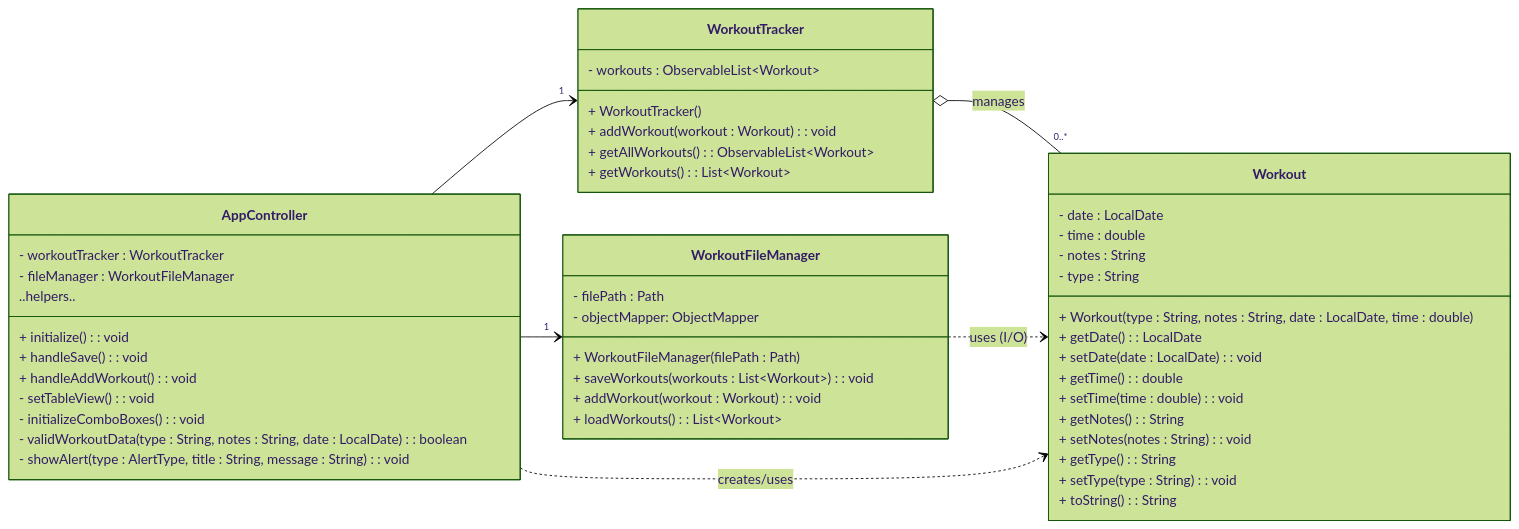
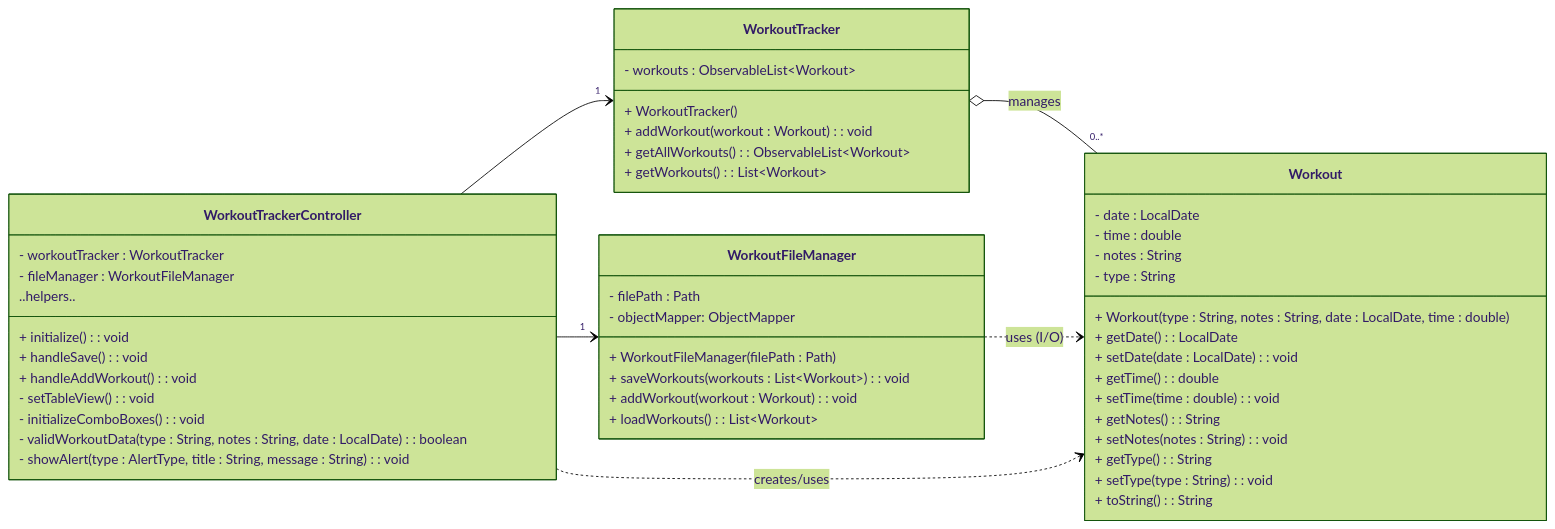
One commit to MadsNotland/ITP1901 changed the diagram in docs/release2/class-diagram.md. Above: the diagram before and after it, drawn with Mermaid (forest theme). The commit also changed 4 other files, not shown here.

````diff
--- a/docs/release2/class-diagram.md
+++ b/docs/release2/class-diagram.md
@@ -8,63 +8,63 @@
 ```mermaid
 classDiagram
 direction LR
 
 %% --------- Domain core ----------
 class Workout {
   - date : LocalDate
   - time : double
   - notes : String
   - type : String
   + Workout(type : String, notes : String, date : LocalDate, time : double)
   + getDate() : LocalDate
   + setDate(date : LocalDate) : void
   + getTime() : double
   + setTime(time : double) : void
   + getNotes() : String
   + setNotes(notes : String) : void
   + getType() : String
   + setType(type : String) : void
   + toString() : String
 }
 
 class WorkoutTracker {
   - workouts : ObservableList~Workout~
   + WorkoutTracker()
   + addWorkout(workout : Workout) : void
   + getAllWorkouts() : ObservableList~Workout~
   + getWorkouts() : List~Workout~
 }
 
 %% --------- Persistence ----------
 class WorkoutFileManager {
   - filePath : Path
   - objectMapper: ObjectMapper
   + WorkoutFileManager(filePath : Path)
   + saveWorkouts(workouts : List~Workout~) : void
   + addWorkout(workout : Workout) : void
   + loadWorkouts() : List~Workout~
 }
 
 %% --------- UI Controller (orchestrates) ----------
-class AppController {
+class WorkoutTrackerController {
   - workoutTracker : WorkoutTracker
   - fileManager : WorkoutFileManager
   + initialize() : void
   + handleSave() : void
   + handleAddWorkout() : void
   ..helpers..
   - setTableView() : void
   - initializeComboBoxes() : void
   - validWorkoutData(type : String, notes : String, date : LocalDate) : boolean
   - showAlert(type : AlertType, title : String, message : String) : void
 }
 
 %% --------- Relationships ----------
 WorkoutTracker o-- "0..*" Workout : manages
 WorkoutFileManager ..> Workout : uses (I/O)
 
-AppController --> "1" WorkoutTracker
-AppController --> "1" WorkoutFileManager
-AppController ..> Workout : creates/uses
+WorkoutTrackerController --> "1" WorkoutTracker
+WorkoutTrackerController --> "1" WorkoutFileManager
+WorkoutTrackerController ..> Workout : creates/uses
 
 ```
````
